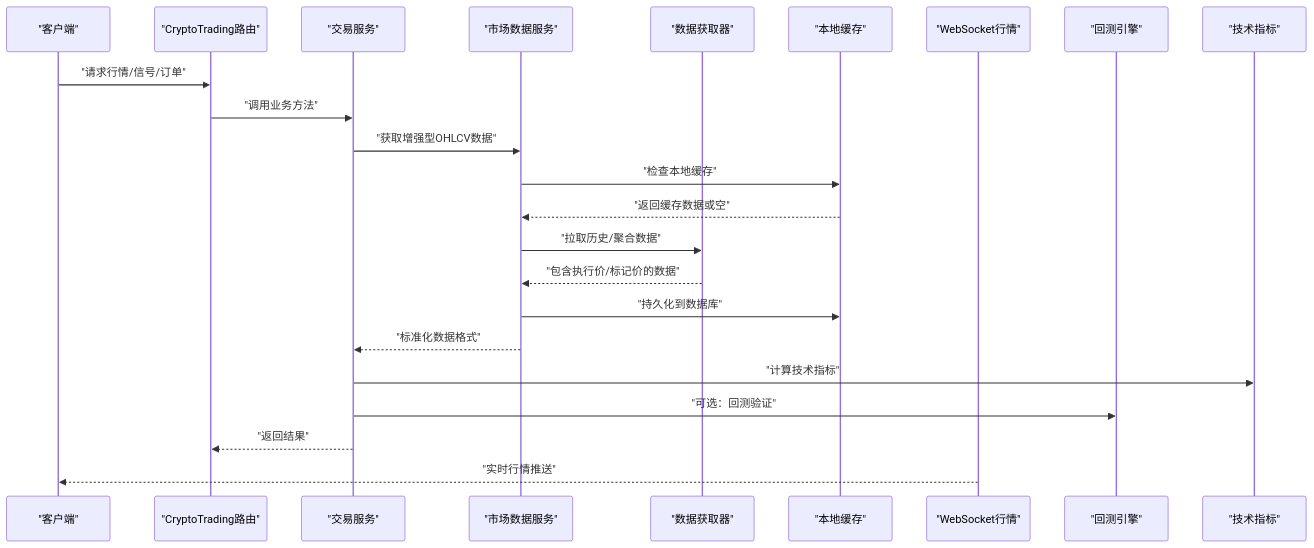
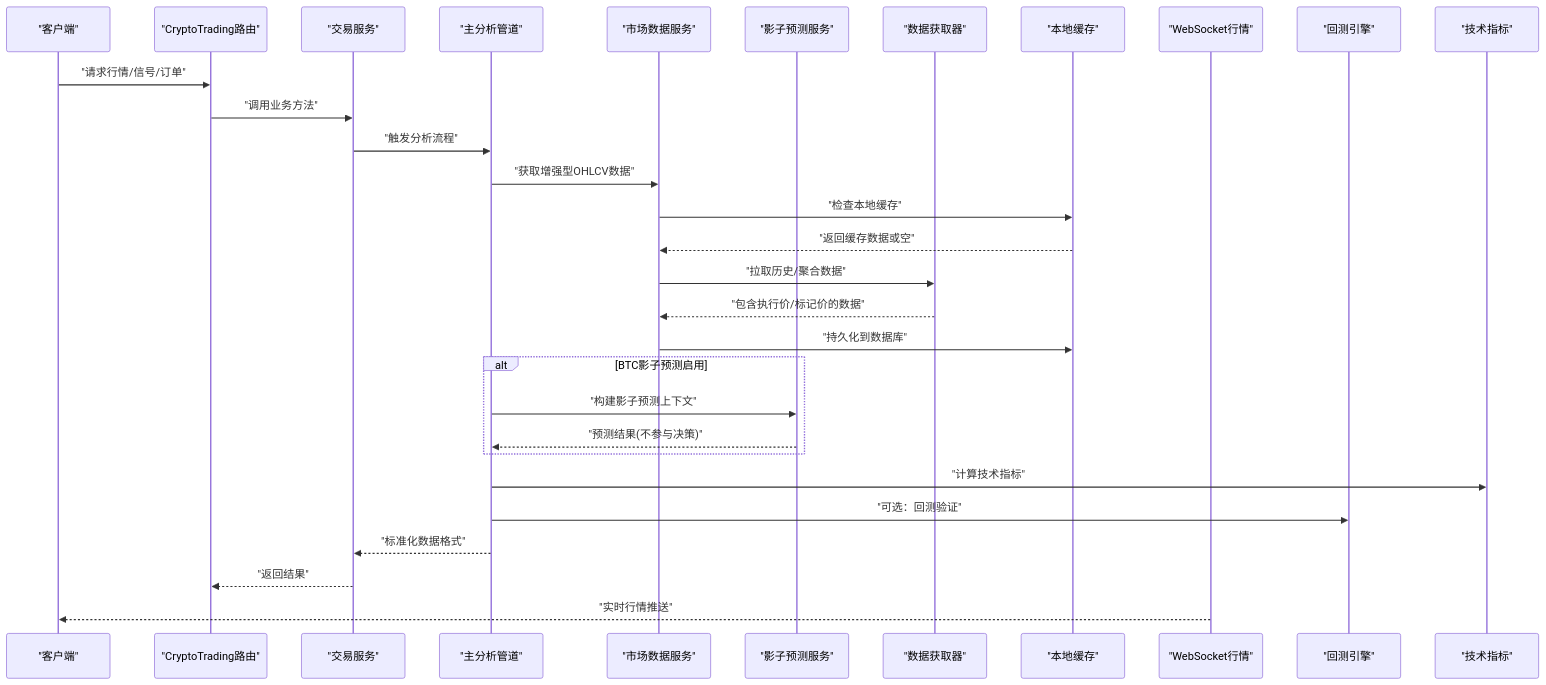
Before and after one commit to anYaoooo/daily_stock_analysis: the second of 14 diagrams in .qoder/repowiki/zh/content/API参考文档/加密货币交易API.md, drawn with Mermaid. The commit also changed other lines of this file and 16 other files, not shown here.

````diff
--- a/.qoder/repowiki/zh/content/API参考文档/加密货币交易API.md
+++ b/.qoder/repowiki/zh/content/API参考文档/加密货币交易API.md
@@ -113,25 +124,32 @@
 ```mermaid
 sequenceDiagram
 participant Client as "客户端"
 participant API as "CryptoTrading路由"
 participant Service as "交易服务"
+participant Pipeline as "主分析管道"
 participant MarketSvc as "市场数据服务"
+participant ShadowSvc as "影子预测服务"
 participant Fetcher as "数据获取器"
 participant Cache as "本地缓存"
 participant WS as "WebSocket行情"
 participant Engine as "回测引擎"
 participant Tech as "技术指标"
 Client->>API : "请求行情/信号/订单"
 API->>Service : "调用业务方法"
-Service->>MarketSvc : "获取增强型OHLCV数据"
+Service->>Pipeline : "触发分析流程"
+Pipeline->>MarketSvc : "获取增强型OHLCV数据"
 MarketSvc->>Cache : "检查本地缓存"
 Cache -->> MarketSvc : "返回缓存数据或空"
 MarketSvc->>Fetcher : "拉取历史/聚合数据"
 Fetcher-->>MarketSvc : "包含执行价/标记价的数据"
 MarketSvc->>Cache : "持久化到数据库"
-MarketSvc-->>Service : "标准化数据格式"
-Service->>Tech : "计算技术指标"
-Service->>Engine : "可选：回测验证"
+alt BTC影子预测启用
+Pipeline->>ShadowSvc : "构建影子预测上下文"
+ShadowSvc-->>Pipeline : "预测结果(不参与决策)"
+end
+Pipeline->>Tech : "计算技术指标"
+Pipeline->>Engine : "可选：回测验证"
+Pipeline-->>Service : "标准化数据格式"
 Service-->>API : "返回结果"
 WS-->>Client : "实时行情推送"
 ```
````
